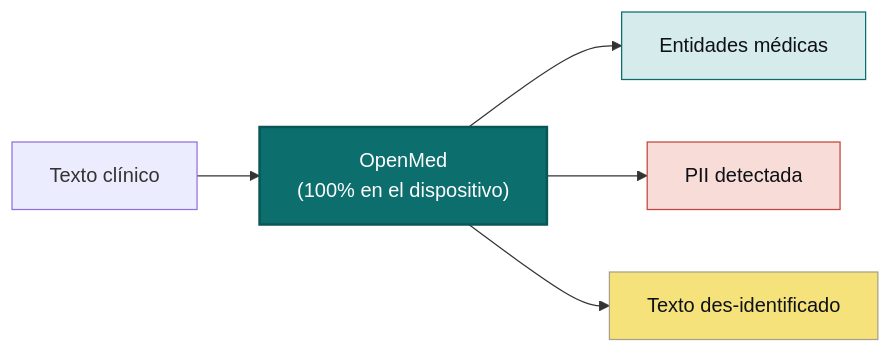
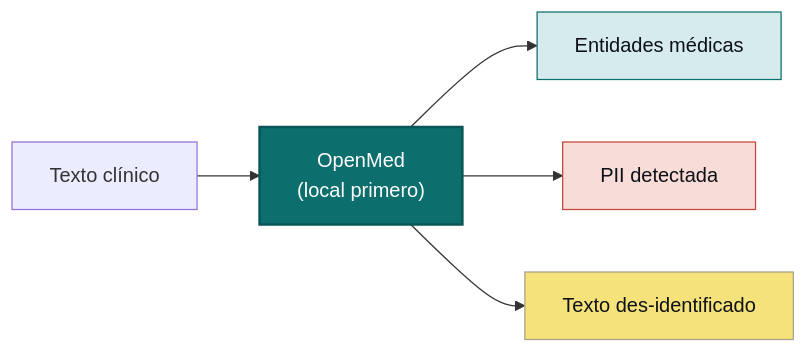
One commit to maziyarpanahi/openmed changed the diagram in README.es.md. Above: the diagram before and after it, drawn with Mermaid. The commit also changed other lines of this file, not shown here.

````diff
--- a/README.es.md
+++ b/README.es.md
@@ -126,11 +119,11 @@
 ```mermaid
 flowchart LR
-    A["Texto clínico"] --> B["OpenMed<br/>(100% en el dispositivo)"]
+    A["Texto clínico"] --> B["OpenMed<br/>(local primero)"]
     B --> C["Entidades médicas"]
     B --> D["PII detectada"]
     B --> E["Texto des-identificado"]
     style B fill:#0D6E6E,stroke:#0A5656,stroke-width:2px,color:#ffffff
     style C fill:#D6EBEB,stroke:#0D6E6E,color:#0E1116
     style D fill:#F7DCD8,stroke:#C5453A,color:#0E1116
     style E fill:#F5E27A,stroke:#A9A088,color:#0E1116
 ```
````
